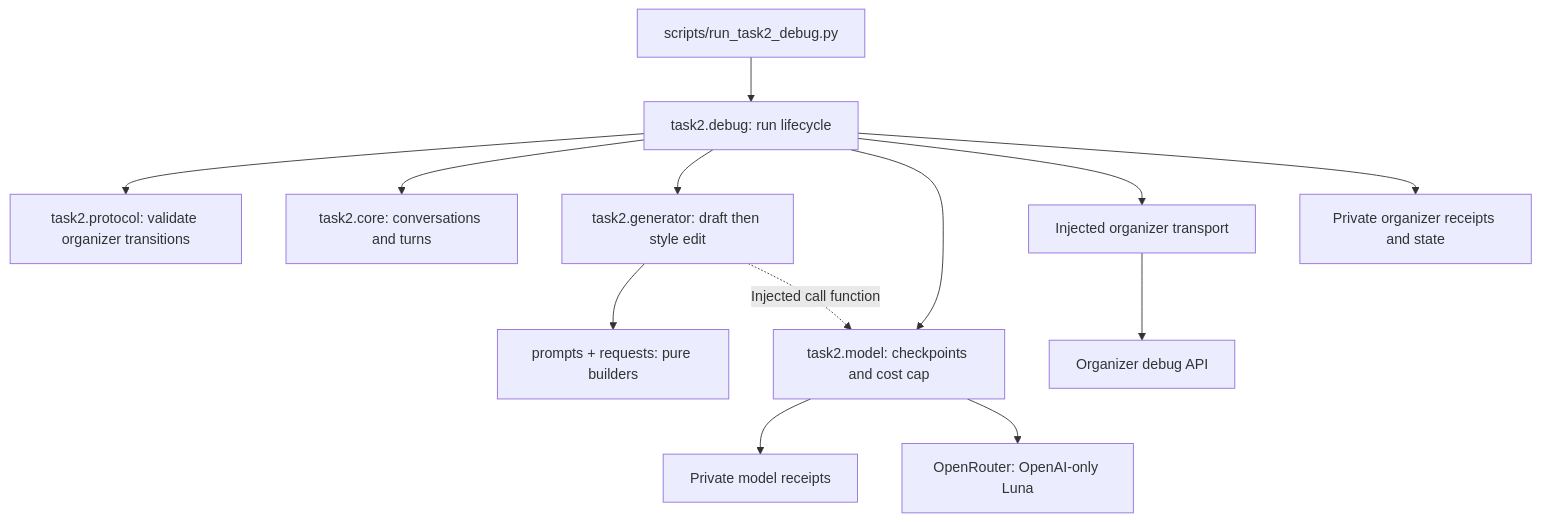
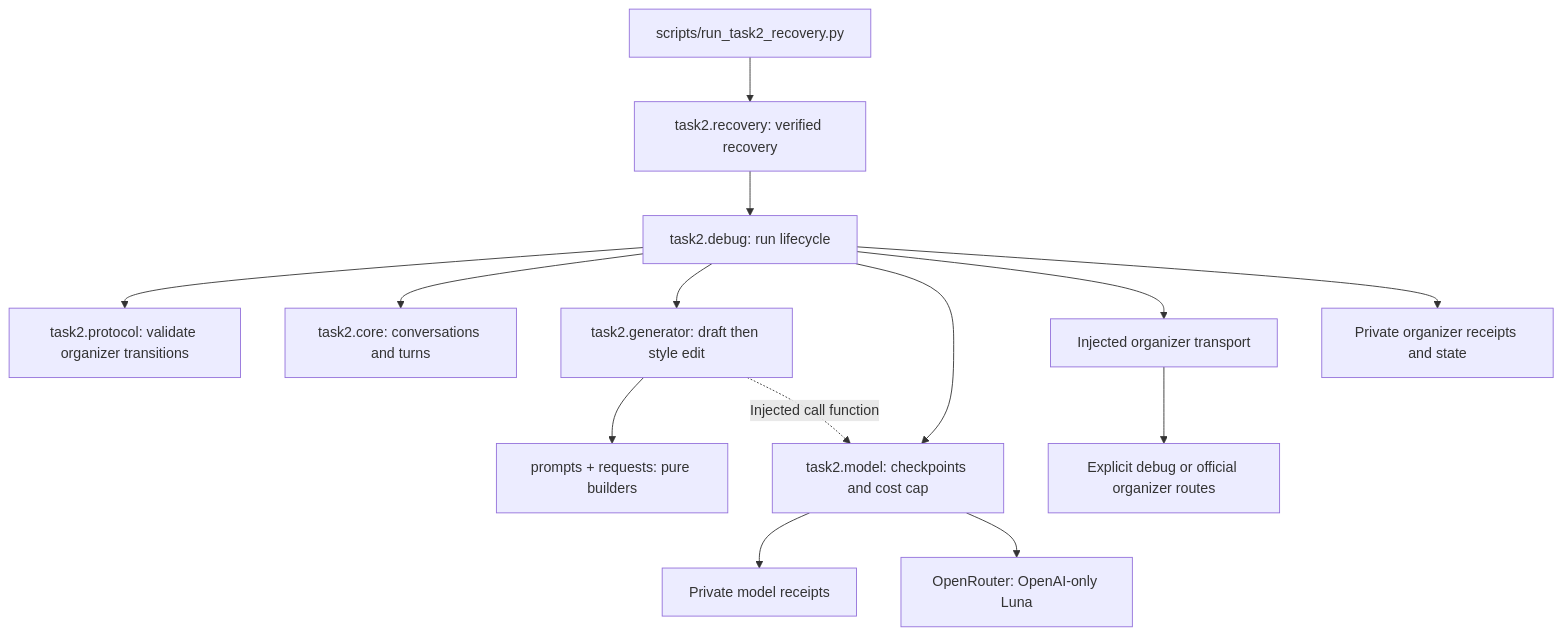
The third of 4 diagrams in docs/task2_architecture.md (npatta01/trec-usersim-2026), drawn with Mermaid before and after one commit. The commit also changed other lines of this file and 13 other files, not shown here.

Commit message:
Reconcile Task 2 backend failures with verified operational closure

````diff
--- a/docs/task2_architecture.md
+++ b/docs/task2_architecture.md
@@ -87,15 +101,16 @@
 ```mermaid
 flowchart TD
-    CLI[scripts/run_task2_debug.py] --> R[task2.debug: run lifecycle]
+    CLI[scripts/run_task2_recovery.py] --> W[task2.recovery: verified recovery]
+    W --> R[task2.debug: run lifecycle]
     R --> V[task2.protocol: validate organizer transitions]
     R --> C[task2.core: conversations and turns]
     R --> G[task2.generator: draft then style edit]
     G --> P[prompts + requests: pure builders]
     R --> K[task2.model: checkpoints and cost cap]
     G -. Injected call function .-> K
     K --> MC[Private model receipts]
     K --> O[OpenRouter: OpenAI-only Luna]
     R --> T[Injected organizer transport]
-    T --> A[Organizer debug API]
+    T --> A[Explicit debug or official organizer routes]
     R --> S[Private organizer receipts and state]
 ```
````
